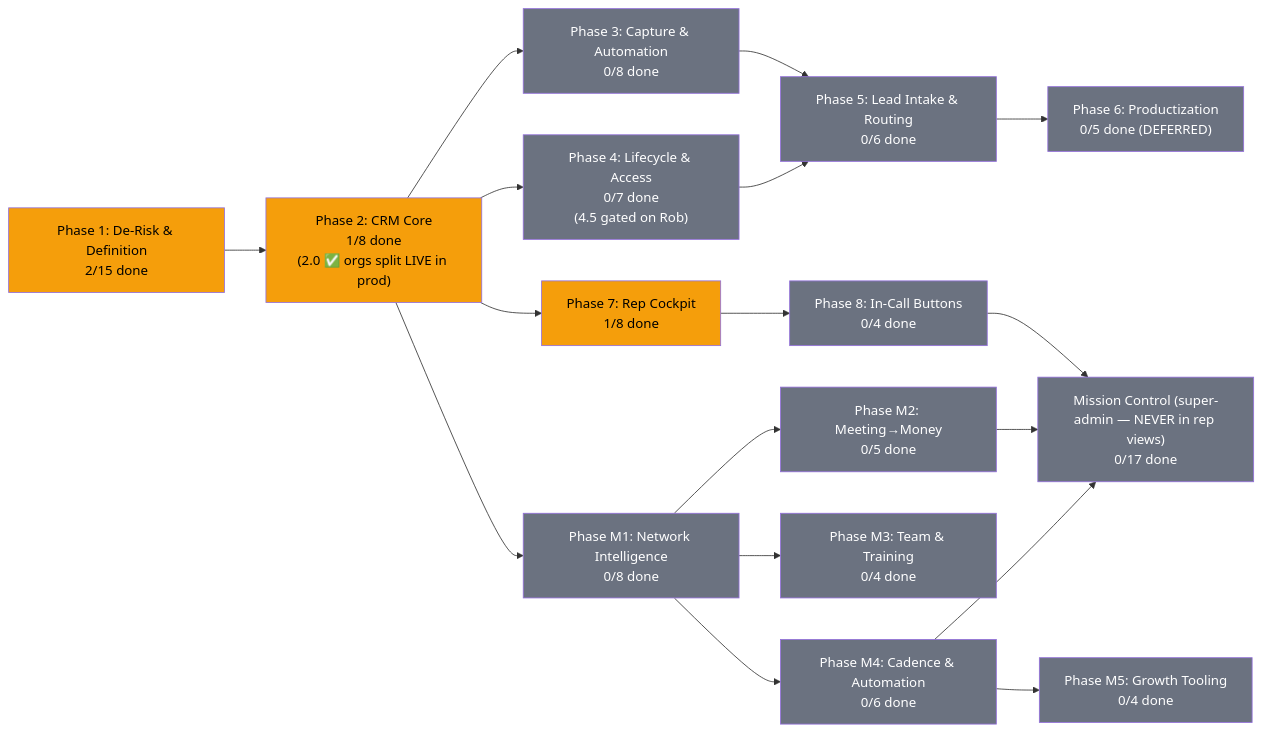
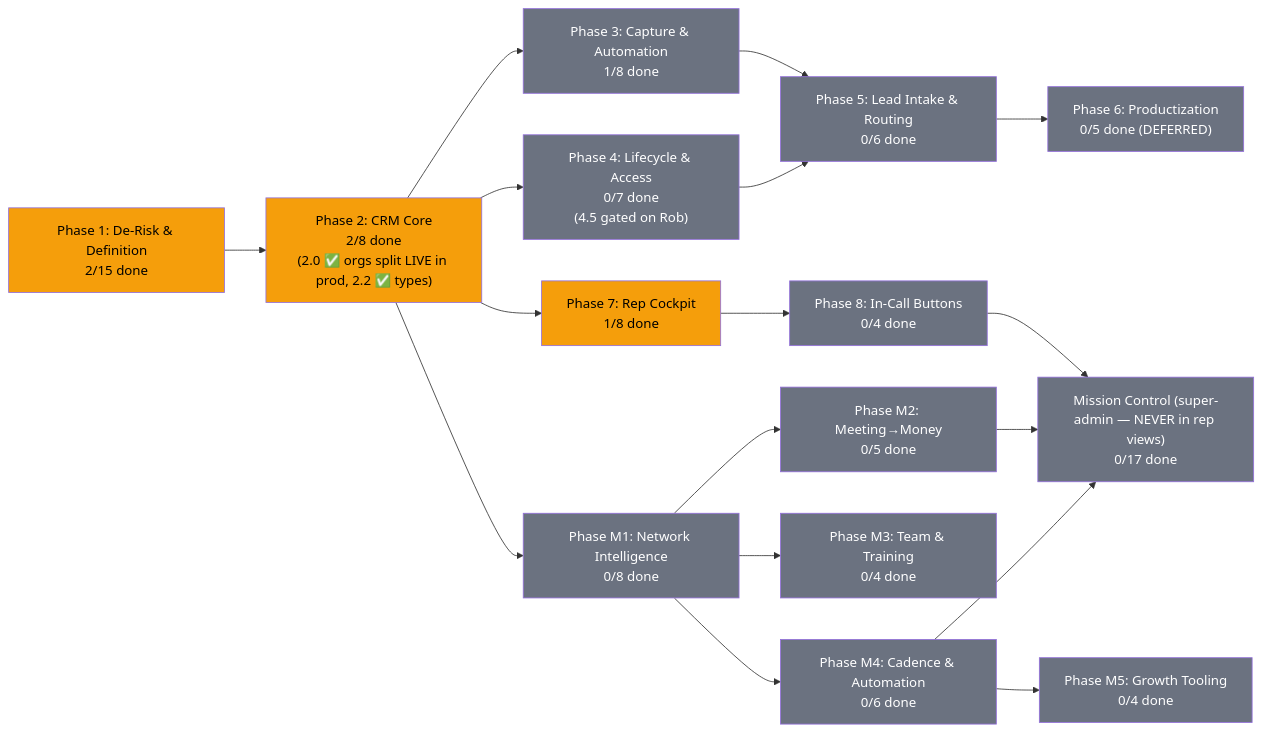
The diagram in docs/plans/PRD-mle-crm.md (blacklabelbob/mle-rob-dashboard), drawn with Mermaid before and after one commit. The commit also changed other lines of this file and 4 other files, not shown here.

Commit message:
Q9 inc.2 (Task 2.2 CLOSED): CRM types + lib/crm mappers, gate-tested against 0005 DDL; PRD 3.1.9 synced (P2 2/8, stale P3 count fixed)

````diff
--- a/docs/plans/PRD-mle-crm.md
+++ b/docs/plans/PRD-mle-crm.md
@@ -24,34 +24,34 @@
 ```mermaid
 flowchart LR
-    P1["Phase 1: De-Risk & Definition<br/>2/15 done"] --> P2["Phase 2: CRM Core<br/>1/8 done<br/>(2.0 ✅ orgs split LIVE in prod)"]
-    P2 --> P3["Phase 3: Capture & Automation<br/>0/8 done"]
+    P1["Phase 1: De-Risk & Definition<br/>2/15 done"] --> P2["Phase 2: CRM Core<br/>2/8 done<br/>(2.0 ✅ orgs split LIVE in prod, 2.2 ✅ types)"]
+    P2 --> P3["Phase 3: Capture & Automation<br/>1/8 done"]
     P2 --> P4["Phase 4: Lifecycle & Access<br/>0/7 done<br/>(4.5 gated on Rob)"]
     P2 --> P7["Phase 7: Rep Cockpit<br/>1/8 done"]
     P7 --> P8["Phase 8: In-Call Buttons<br/>0/4 done"]
     P3 --> P5["Phase 5: Lead Intake & Routing<br/>0/6 done"]
     P4 --> P5
     P5 --> P6["Phase 6: Productization<br/>0/5 done (DEFERRED)"]
     P2 --> M1["Phase M1: Network Intelligence<br/>0/8 done"]
     M1 --> M2["Phase M2: Meeting→Money<br/>0/5 done"]
     M1 --> M3["Phase M3: Team & Training<br/>0/4 done"]
     M1 --> M4["Phase M4: Cadence & Automation<br/>0/6 done"]
     M4 --> M5["Phase M5: Growth Tooling<br/>0/4 done"]
     P8 --> MC["Mission Control (super-admin — NEVER in rep views)<br/>0/17 done"]
     M2 --> MC
     M4 --> MC
 
     style P1 fill:#f59e0b,color:#000
     style P2 fill:#f59e0b,color:#000
     style P3 fill:#6b7280,color:#fff
     style P4 fill:#6b7280,color:#fff
     style P5 fill:#6b7280,color:#fff
     style P6 fill:#6b7280,color:#fff
     style P7 fill:#f59e0b,color:#000
     style P8 fill:#6b7280,color:#fff
     style M1 fill:#6b7280,color:#fff
     style M2 fill:#6b7280,color:#fff
     style M3 fill:#6b7280,color:#fff
     style M4 fill:#6b7280,color:#fff
     style M5 fill:#6b7280,color:#fff
     style MC fill:#6b7280,color:#fff
 ```
````
